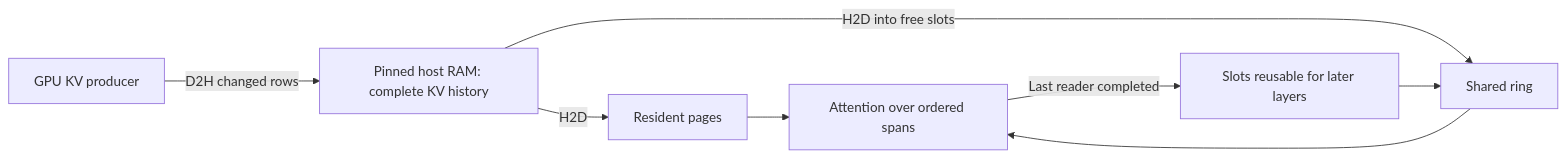
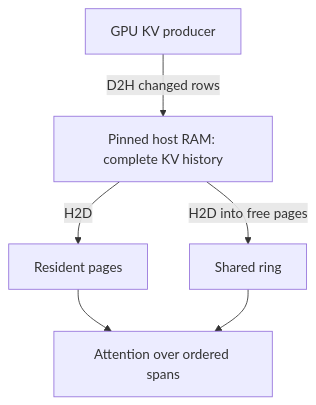
One commit to RaymondHuang210129/llama.cpp-adaptive-kv-streaming changed the first of 3 diagrams in README.md. Above: the diagram before and after it, drawn with Mermaid. The commit also changed other lines of this file and 13 other files, not shown here.

Commit message:
docs : introduce Oceanus V3 README and roadmap

````diff
--- a/README.md
+++ b/README.md
@@ -447,10 +505,8 @@
 ```mermaid
-flowchart LR
-    H["Pinned host RAM: complete KV history"] -->|H2D| P["Resident pages"]
-    H -->|H2D into free slots| R["Shared ring"]
-    P --> A["Attention over ordered spans"]
-    R --> A
-    W["GPU KV producer"] -->|D2H changed rows| H
-    A -->|Last reader completed| F["Slots reusable for later layers"]
-    F --> R
+flowchart TB
+    kv_W["GPU KV producer"] -->|D2H changed rows| kv_H["Pinned host RAM: complete KV history"]
+    kv_H -->|H2D| kv_P["Resident pages"]
+    kv_H -->|H2D into free pages| kv_R["Shared ring"]
+    kv_P --> kv_A["Attention over ordered spans"]
+    kv_R --> kv_A
 ```
````
